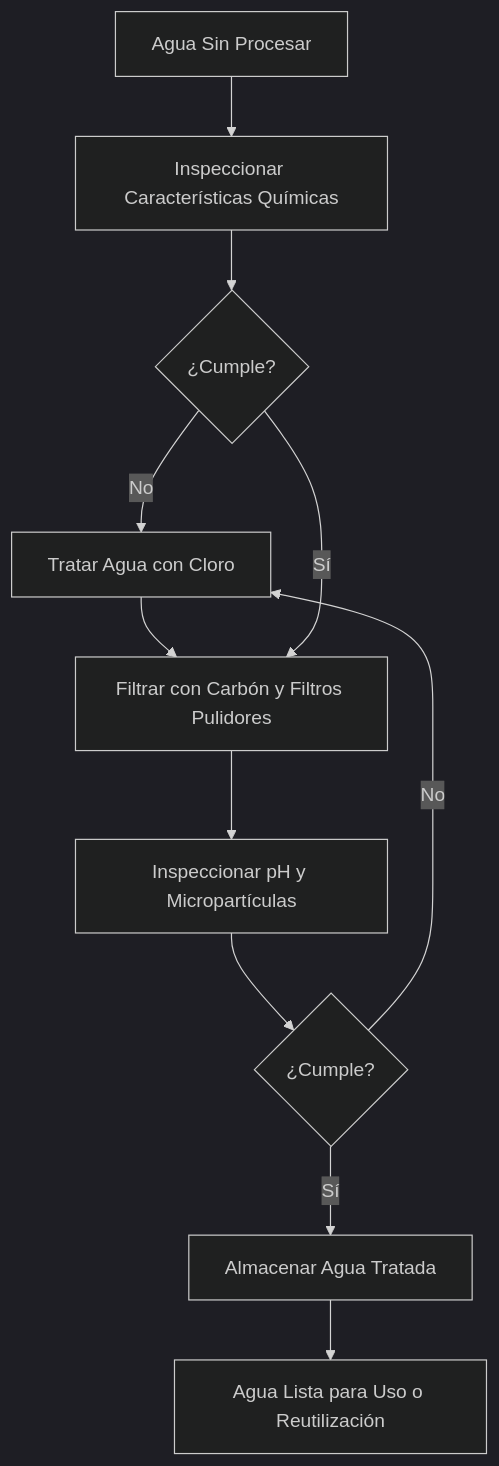
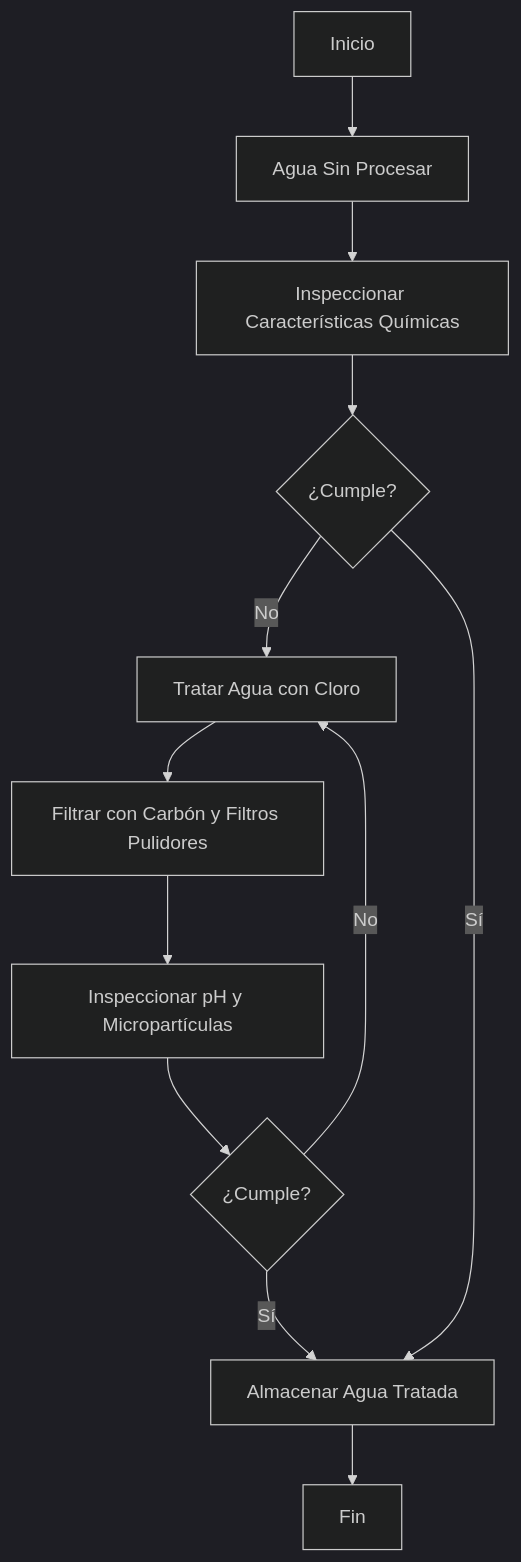
The second of 2 diagrams in Modulo_2/Readme.md (NicolasDavila2001/APM-20261S), drawn with Mermaid (dark theme) before and after one commit. The commit also changed other lines of this file, not shown here.

````diff
--- a/Modulo_2/Readme.md
+++ b/Modulo_2/Readme.md
@@ -46,17 +54,19 @@
 ```mermaid
 flowchart TD
-    A[Agua Sin Procesar] --> B[Inspeccionar Características Químicas]
+    A[Inicio] --> B[Agua Sin Procesar]
 
-    B --> C{¿Cumple?}
-    C -- No --> D[Tratar Agua con Cloro]
-    D --> E[Filtrar con Carbón y Filtros Pulidores]
-    E --> F[Inspeccionar pH y Micropartículas]
+    B --> C[Inspeccionar Características Químicas]
+    C --> D{¿Cumple?}
 
-    F --> G{¿Cumple?}
-    G -- No --> D
-    G -- Sí --> H[Almacenar Agua Tratada]
+    D -- No --> E[Tratar Agua con Cloro]
+    E --> F[Filtrar con Carbón y Filtros Pulidores]
+    F --> G[Inspeccionar pH y Micropartículas]
 
-    C -- Sí --> E
+    G --> H{¿Cumple?}
+    H -- No --> E
+    H -- Sí --> I[Almacenar Agua Tratada]
 
-    H --> I[Agua Lista para Uso o Reutilización]
+    D -- Sí --> I
+
+    I --> J[Fin]
 ```
````
